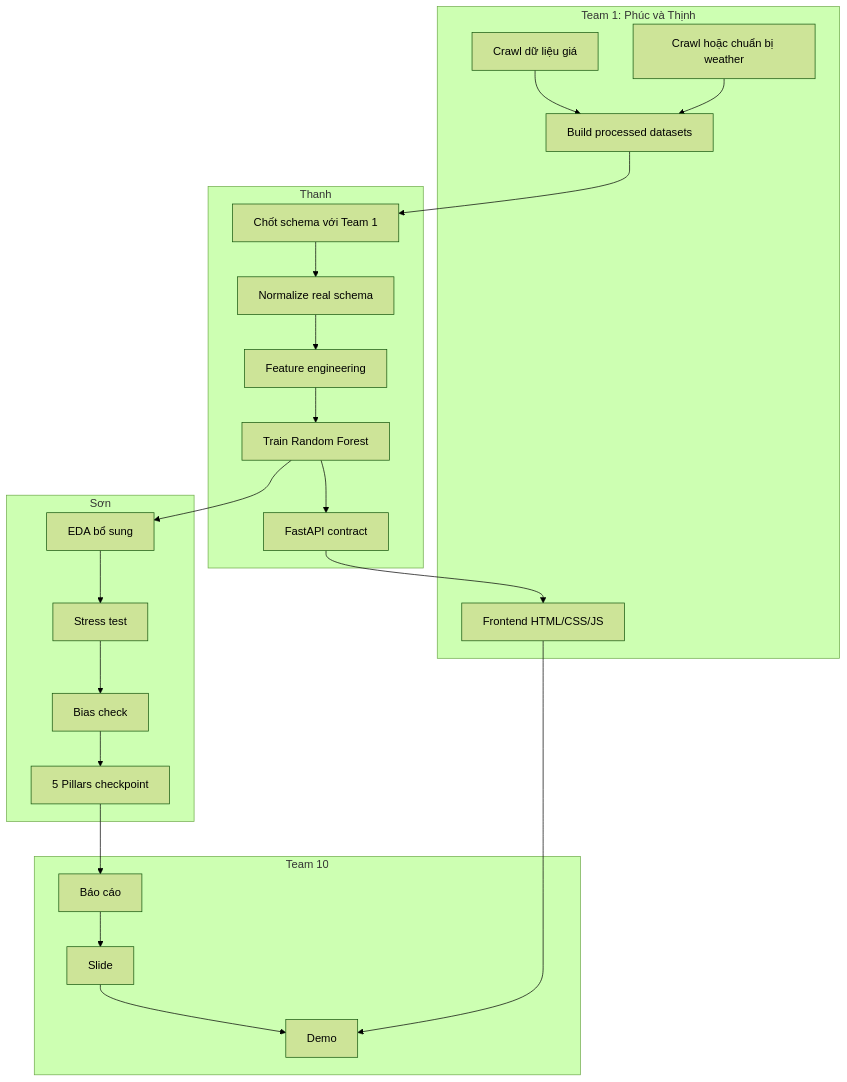
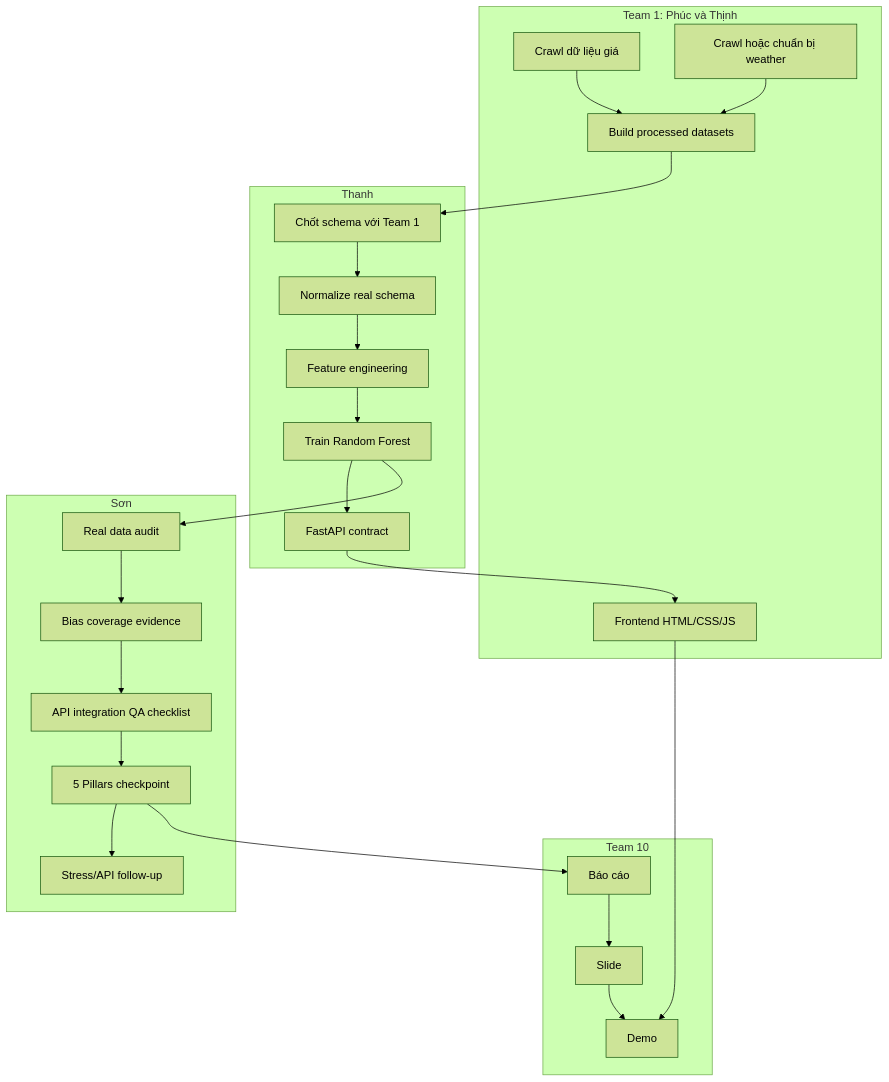
Before and after one commit to uit-25730067-chithanh/AI002-Team22-DT10: the fourth of 8 diagrams in docs/project-roadmap.md, drawn with Mermaid (forest theme). The commit also changed other lines of this file and 3 other files, not shown here.

First line of the commit message:
docs: sync roadmap with Son evaluation pack

````diff
--- a/docs/project-roadmap.md
+++ b/docs/project-roadmap.md
@@ -101,40 +102,41 @@
 ```mermaid
 flowchart TD
     subgraph T1[Team 1: Phúc và Thịnh]
         A1[Crawl dữ liệu giá]
         A2[Crawl hoặc chuẩn bị weather]
         A3[Build processed datasets]
         A4[Frontend HTML/CSS/JS]
     end
 
     subgraph Thanh[Thanh]
         B1[Chốt schema với Team 1]
         B2[Normalize real schema]
         B3[Feature engineering]
         B4[Train Random Forest]
         B5[FastAPI contract]
     end
 
     subgraph Son[Sơn]
-        C1[EDA bổ sung]
-        C2[Stress test]
-        C3[Bias check]
+        C1[Real data audit]
+        C2[Bias coverage evidence]
+        C3[API integration QA checklist]
         C4[5 Pillars checkpoint]
+        C5[Stress/API follow-up]
     end
 
     subgraph Team[Team 10]
         D1[Báo cáo]
         D2[Slide]
         D3[Demo]
     end
 
     A1 --> A3
     A2 --> A3
     A3 --> B1
     B1 --> B2 --> B3 --> B4 --> B5
-    B4 --> C1 --> C2 --> C3 --> C4
+    B4 --> C1 --> C2 --> C3 --> C4 --> C5
     B5 --> A4
     C4 --> D1
     A4 --> D3
     D1 --> D2 --> D3
 ```
````
